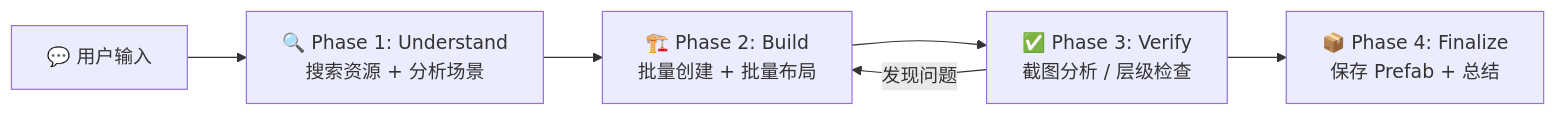
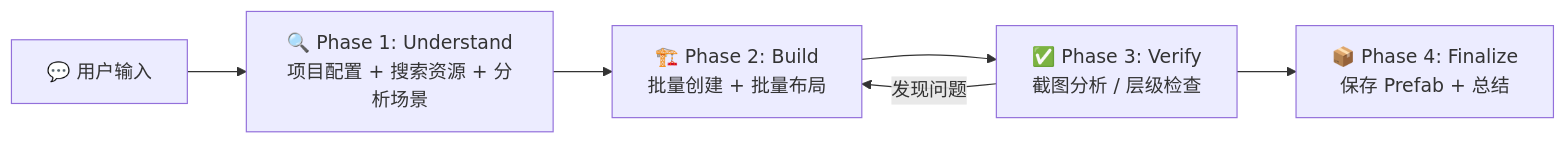
The diagram in README.md (Wonderland6627/UIPrefabBuilder), drawn with Mermaid before and after one commit. The commit also changed other lines of this file and 9 other files, not shown here.

````diff
--- a/README.md
+++ b/README.md
@@ -86,8 +131,8 @@
 ```mermaid
 flowchart LR
-    A[💬 用户输入] --> B["🔍 Phase 1: Understand<br/>搜索资源 + 分析场景"]
+    A[💬 用户输入] --> B["🔍 Phase 1: Understand<br/>项目配置 + 搜索资源 + 分析场景"]
     B --> C["🏗️ Phase 2: Build<br/>批量创建 + 批量布局"]
     C --> D["✅ Phase 3: Verify<br/>截图分析 / 层级检查"]
     D --> E["📦 Phase 4: Finalize<br/>保存 Prefab + 总结"]
     D -->|发现问题| C
 ```
````
